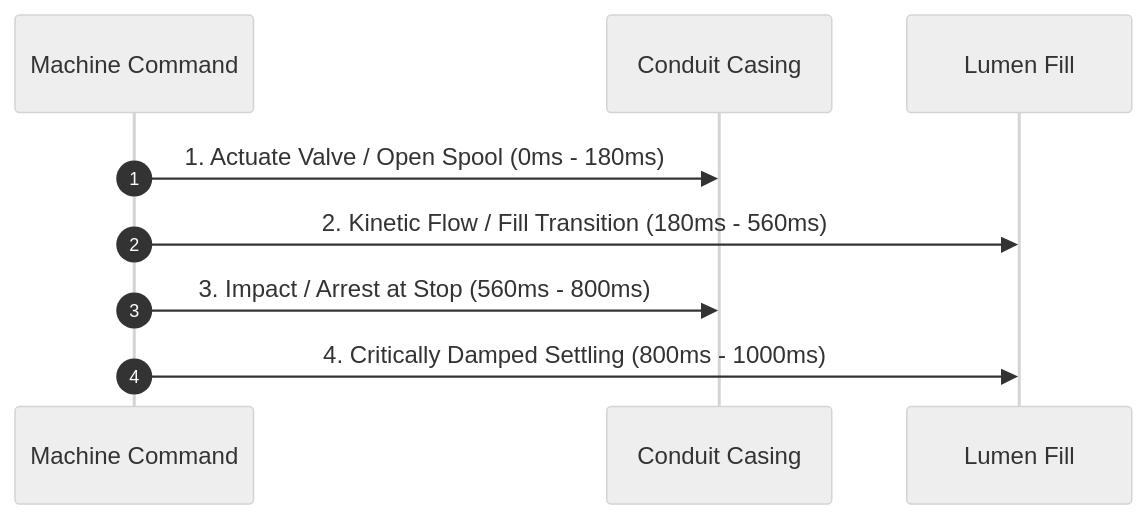
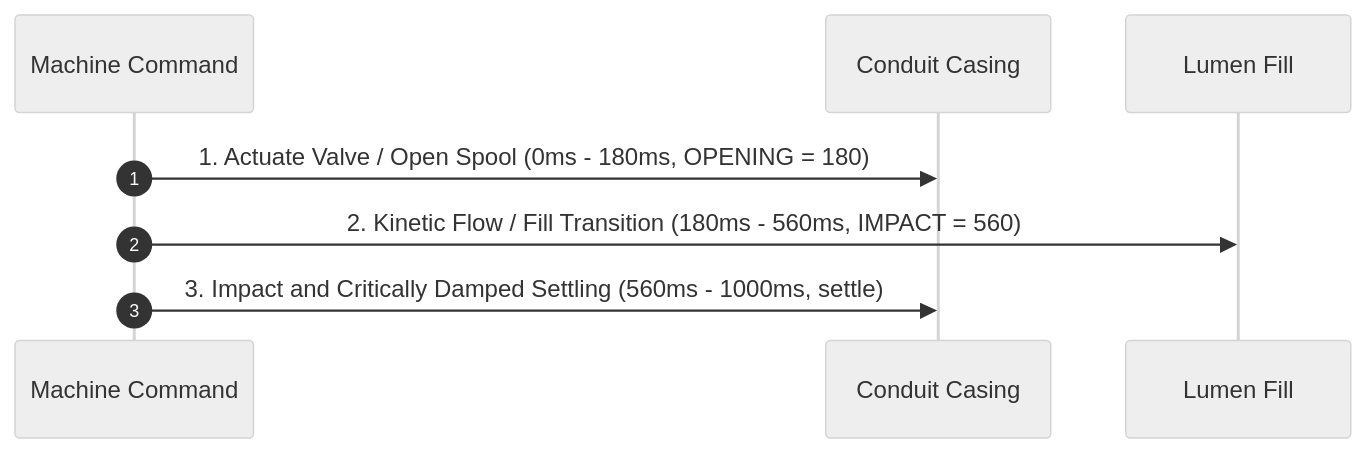
The fourth of 5 diagrams in docs/research/2026-10-13-tube-language/fills.md (pure-algebra/lean4-effect4), drawn with Mermaid (neutral theme) before and after one commit. The commit also changed other lines of this file and 1 other file, not shown here.

Commit message:
research: Gemini's fill review, rounds four and five (each state's machine event and simplification, row 371 applied, names checked), and its graph alignment (two rounds of corrections)

````diff
--- a/docs/research/2026-10-13-tube-language/fills.md
+++ b/docs/research/2026-10-13-tube-language/fills.md
@@ -305,11 +312,10 @@
 ```mermaid
 sequenceDiagram
   autonumber
   participant Machine as Machine Command
   participant Casing as Conduit Casing
   participant Lumen as Lumen Fill
-  Machine->>Casing: 1. Actuate Valve / Open Spool (0ms - 180ms)
-  Machine->>Lumen: 2. Kinetic Flow / Fill Transition (180ms - 560ms)
-  Machine->>Casing: 3. Impact / Arrest at Stop (560ms - 800ms)
-  Machine->>Lumen: 4. Critically Damped Settling (800ms - 1000ms)
+  Machine->>Casing: 1. Actuate Valve / Open Spool (0ms - 180ms, OPENING = 180)
+  Machine->>Lumen: 2. Kinetic Flow / Fill Transition (180ms - 560ms, IMPACT = 560)
+  Machine->>Casing: 3. Impact and Critically Damped Settling (560ms - 1000ms, settle)
 ```
````
